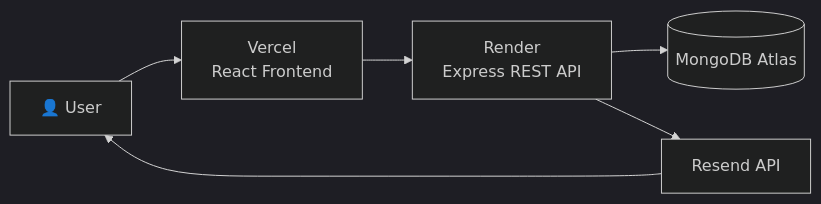
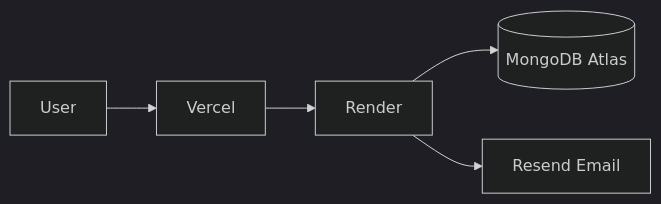
The third of 3 diagrams in README.md (herikarajput3/Job-Application-Tacker), drawn with Mermaid (dark theme) before and after one commit. The commit also changed other lines of this file, not shown here.

````diff
--- a/README.md
+++ b/README.md
@@ -1967,15 +475,11 @@
 ```mermaid
 flowchart LR
 
-A[👤 User]
+User --> Vercel
 
-A --> B[Vercel<br>React Frontend]
+Vercel --> Render
 
-B --> C[Render<br>Express REST API]
+Render --> MongoDB[(MongoDB Atlas)]
 
-C --> D[(MongoDB Atlas)]
-
-C --> E[Resend API]
-
-E --> A
+Render --> Resend[Resend Email]
 ```
````
